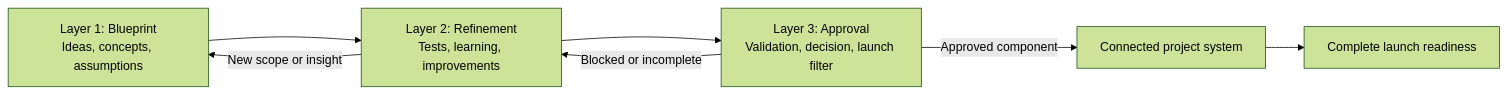
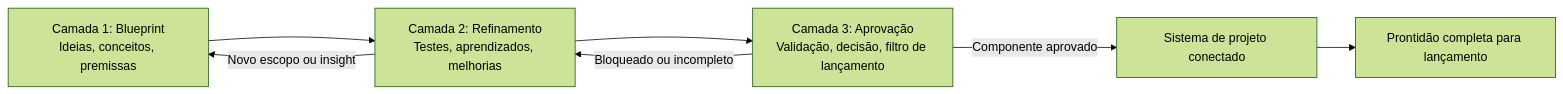
The first of 5 diagrams in 00-project-control/framework/HUB_Three-Layer_Project_Development_Framework.md (pratofeitoo/the-new-hub-proj-dev-2), drawn with Mermaid (forest theme) before and after one commit. The commit also changed other lines of this file and 46 other files, not shown here.

````diff
--- a/00-project-control/framework/HUB_Three-Layer_Project_Development_Framework.md
+++ b/00-project-control/framework/HUB_Three-Layer_Project_Development_Framework.md
@@ -74,9 +78,9 @@
 ```mermaid
 flowchart LR
-    B[Layer 1: Blueprint\nIdeas, concepts, assumptions] --> R[Layer 2: Refinement\nTests, learning, improvements]
-    R --> A[Layer 3: Approval\nValidation, decision, launch filter]
-    A -->|Blocked or incomplete| R
-    R -->|New scope or insight| B
-    A -->|Approved component| C[Connected project system]
-    C --> L[Complete launch readiness]
+    B[Camada 1: Blueprint\nIdeias, conceitos, premissas] --> R[Camada 2: Refinamento\nTestes, aprendizados, melhorias]
+    R --> A[Camada 3: Aprovação\nValidação, decisão, filtro de lançamento]
+    A -->|Bloqueado ou incompleto| R
+    R -->|Novo escopo ou insight| B
+    A -->|Componente aprovado| C[Sistema de projeto conectado]
+    C --> L[Prontidão completa para lançamento]
 ```
````
